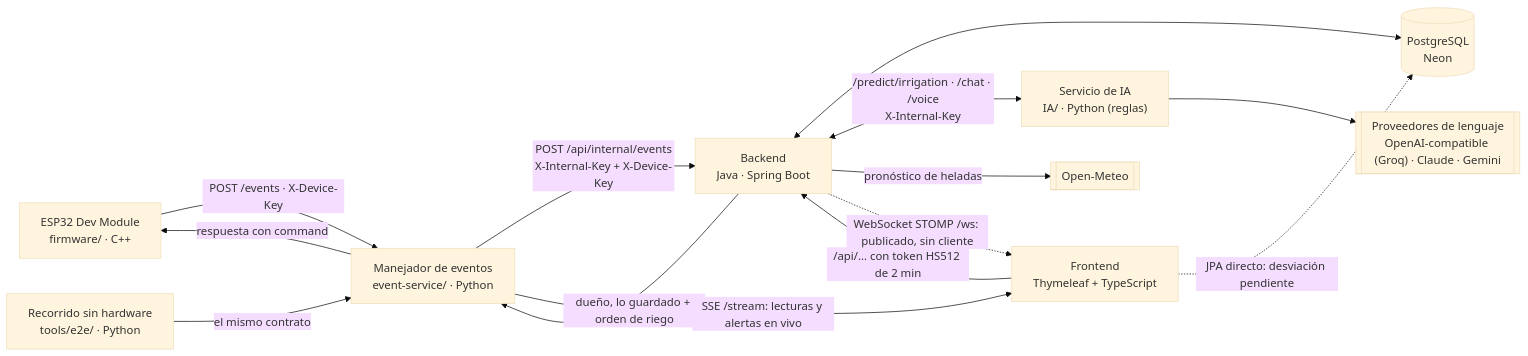
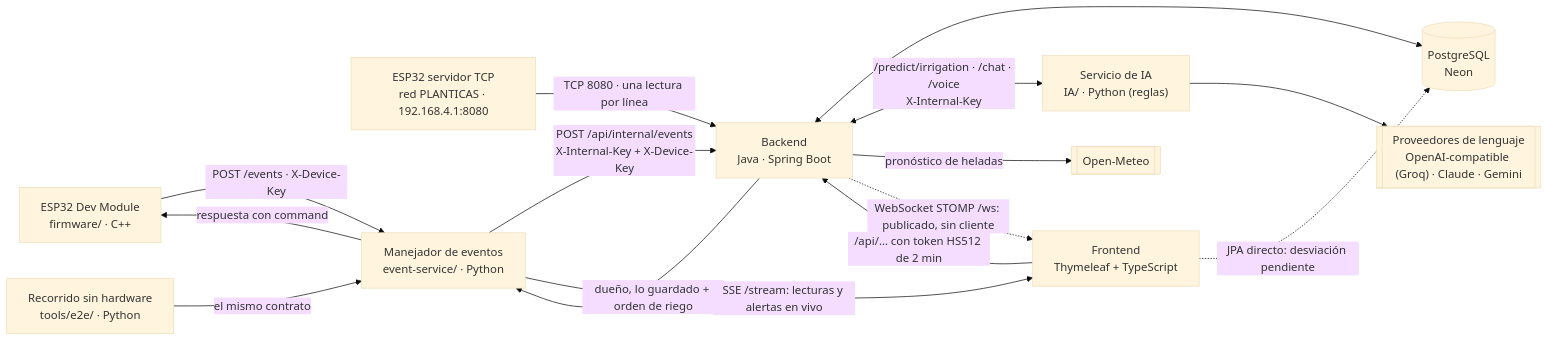
The diagram in docs/CONTEXTO-IA.md (WilliamChavez-Grupo2b/BACKEND-AGROSENSE), drawn with Mermaid (base theme) before and after one commit. The commit also changed other lines of this file and 5 other files, not shown here.

Commit message:
docs: describe the ESP32 read over TCP, its trust decision and the demo steps

````diff
--- a/docs/CONTEXTO-IA.md
+++ b/docs/CONTEXTO-IA.md
@@ -53,26 +54,28 @@
 ```mermaid
 flowchart LR
     A["ESP32 Dev Module<br/>firmware/ · C++"]
+    T["ESP32 servidor TCP<br/>red PLANTICAS · 192.168.4.1:8080"]
     S["Recorrido sin hardware<br/>tools/e2e/ · Python"]
     E["Manejador de eventos<br/>event-service/ · Python"]
     B["Backend<br/>Java · Spring Boot"]
     D[("PostgreSQL<br/>Neon")]
     I["Servicio de IA<br/>IA/ · Python (reglas)"]
     L[["Proveedores de lenguaje<br/>OpenAI-compatible (Groq) · Claude · Gemini"]]
     O[["Open-Meteo"]]
     F["Frontend<br/>Thymeleaf + TypeScript"]
 
     A -- "POST /events · X-Device-Key" --> E
+    T -- "TCP 8080 · una lectura por línea" --> B
     S -- "el mismo contrato" --> E
     E -- "POST /api/internal/events<br/>X-Internal-Key + X-Device-Key" --> B
     B -- "dueño, lo guardado + orden de riego" --> E
     E -- "respuesta con command" --> A
     B <--> D
     B <-- "/predict/irrigation · /chat · /voice<br/>X-Internal-Key" --> I
     I --> L
     B -- "pronóstico de heladas" --> O
     E -- "SSE /stream: lecturas y alertas en vivo" --> F
     B -. "WebSocket STOMP /ws: publicado, sin cliente" .-> F
     F -- "/api/… con token HS512 de 2 min" --> B
     F -. "JPA directo: desviación pendiente" .-> D
 ```
````
